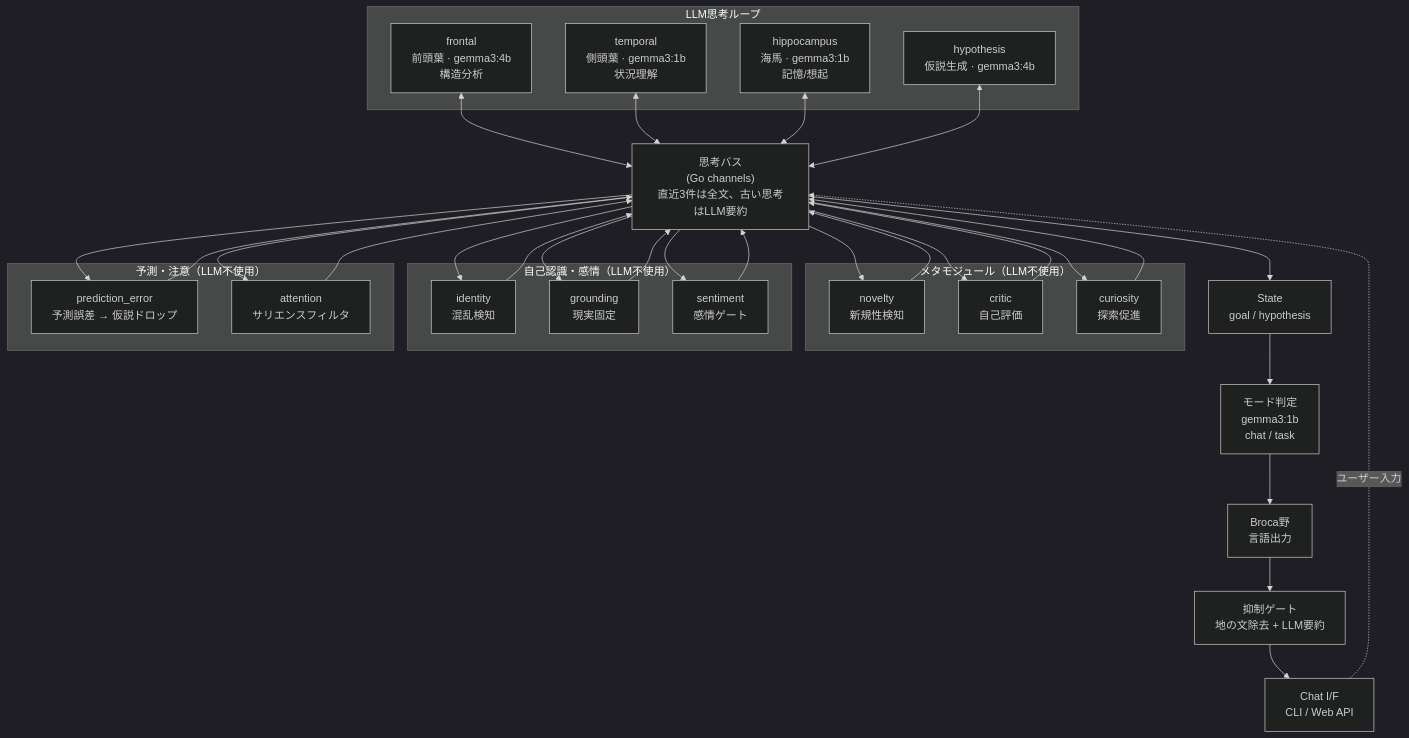
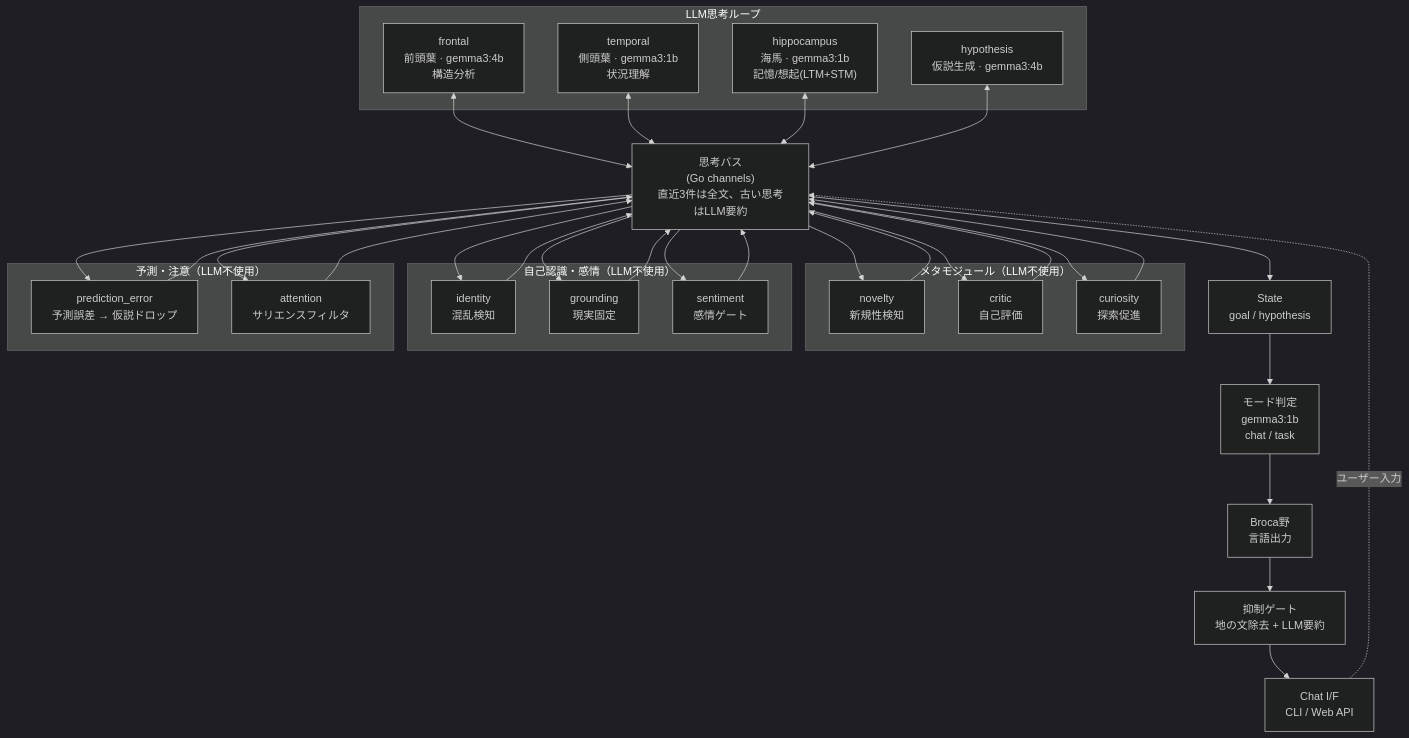
One commit to ieee0824/lmind changed the diagram in README.md. Above: the diagram before and after it, drawn with Mermaid (dark theme). The commit also changed other lines of this file and 1 other file, not shown here.

````diff
--- a/README.md
+++ b/README.md
@@ -12,47 +12,47 @@
 ```mermaid
 graph TD
     bus["思考バス<br/>(Go channels)<br/>直近3件は全文、古い思考はLLM要約"]
 
     subgraph llm_loop["LLM思考ループ"]
         frontal["frontal<br/>前頭葉 · gemma3:4b<br/>構造分析"]
         temporal["temporal<br/>側頭葉 · gemma3:1b<br/>状況理解"]
-        hippocampus["hippocampus<br/>海馬 · gemma3:1b<br/>記憶/想起"]
+        hippocampus["hippocampus<br/>海馬 · gemma3:1b<br/>記憶/想起(LTM+STM)"]
         hypothesis["hypothesis<br/>仮説生成 · gemma3:4b"]
     end
 
     frontal <--> bus
     temporal <--> bus
     hippocampus <--> bus
     hypothesis <--> bus
 
     subgraph meta["メタモジュール（LLM不使用）"]
         novelty["novelty<br/>新規性検知"]
         critic["critic<br/>自己評価"]
         curiosity["curiosity<br/>探索促進"]
     end
 
     subgraph self_aware["自己認識・感情（LLM不使用）"]
         identity["identity<br/>混乱検知"]
         grounding["grounding<br/>現実固定"]
         sentiment["sentiment<br/>感情ゲート"]
     end
 
     subgraph pred_attn["予測・注意（LLM不使用）"]
         prediction_error["prediction_error<br/>予測誤差 → 仮説ドロップ"]
         attention["attention<br/>サリエンスフィルタ"]
     end
 
     bus --> novelty & critic & curiosity
     bus --> identity & grounding & sentiment
     bus --> prediction_error & attention
     novelty & critic & curiosity --> bus
     identity & grounding & sentiment --> bus
     prediction_error & attention --> bus
 
     bus --> state["State<br/>goal / hypothesis"]
     state --> mode["モード判定<br/>gemma3:1b<br/>chat / task"]
     mode --> broca["Broca野<br/>言語出力"]
     broca --> inhibition["抑制ゲート<br/>地の文除去 + LLM要約"]
     inhibition --> chat["Chat I/F<br/>CLI / Web API"]
     chat -. "ユーザー入力" .-> bus
 ```
````
